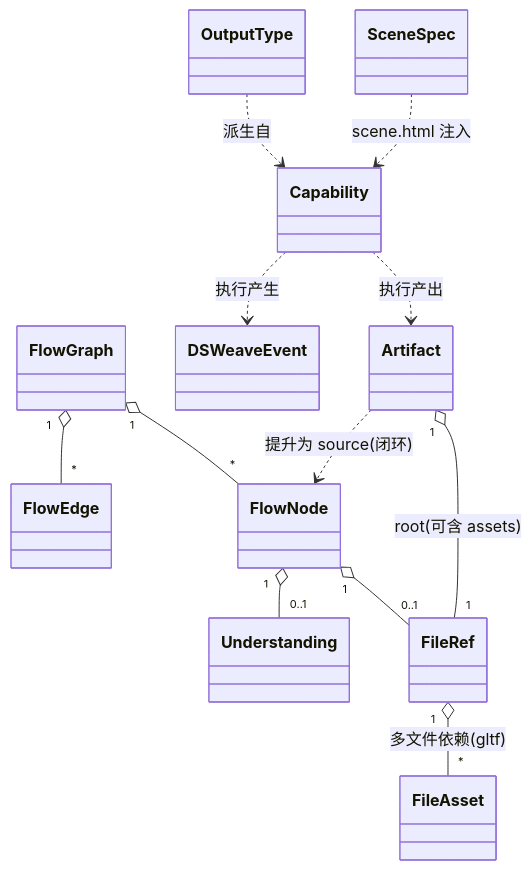
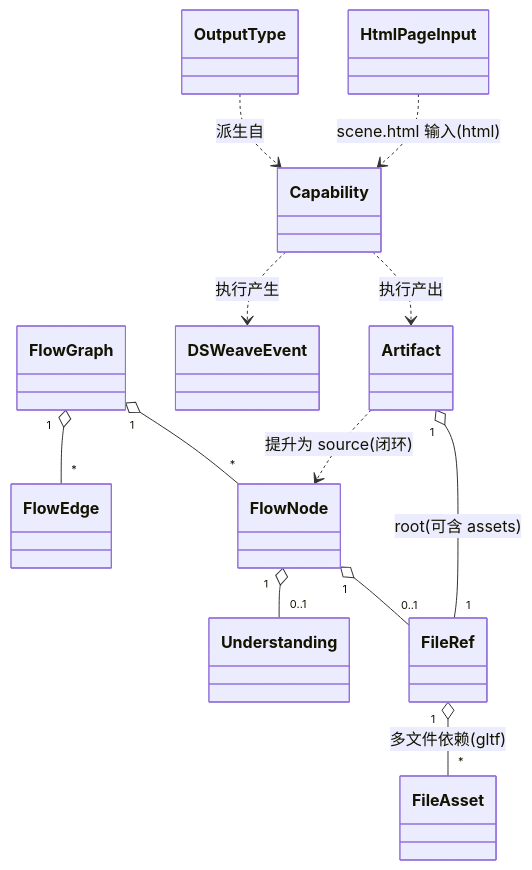
The fourth of 4 diagrams in docs/02-technical-design.md (creativedswork/DSWeave), drawn with Mermaid before and after one commit. The commit also changed other lines of this file and 6 other files, not shown here.

````diff
--- a/docs/02-technical-design.md
+++ b/docs/02-technical-design.md
@@ -517,25 +529,25 @@
 ```mermaid
 classDiagram
   class FlowGraph
   class FlowNode
   class FlowEdge
   class FileRef
   class FileAsset
   class Understanding
   class OutputType
-  class SceneSpec
+  class HtmlPageInput
   class Artifact
   class DSWeaveEvent
   class Capability
   FlowGraph "1" o-- "*" FlowNode
   FlowGraph "1" o-- "*" FlowEdge
   FlowNode "1" o-- "0..1" FileRef
   FlowNode "1" o-- "0..1" Understanding
   FileRef "1" o-- "*" FileAsset : 多文件依赖(gltf)
-  SceneSpec ..> Capability : scene.html 注入
+  HtmlPageInput ..> Capability : scene.html 输入(html)
   OutputType ..> Capability : 派生自
   Capability ..> Artifact : 执行产出
   Artifact "1" o-- "1" FileRef : root(可含 assets)
   Artifact ..> FlowNode : 提升为 source(闭环)
   Capability ..> DSWeaveEvent : 执行产生
 ```
````
